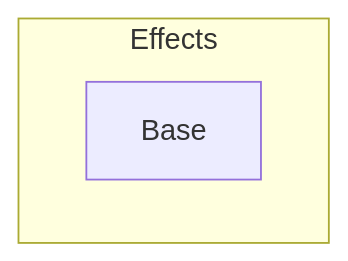
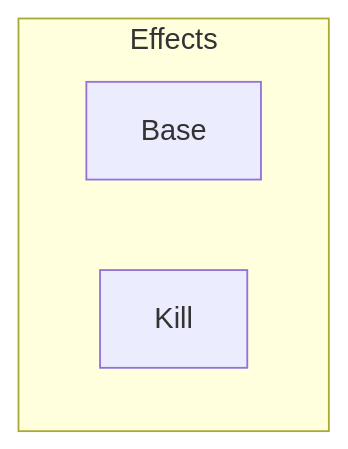
Before and after one commit to TiarkRompf/reachability: the diagram in effects/README.md, drawn with Mermaid. The commit also changed other lines of this file and 79 other files, not shown here.

````diff
--- a/effects/README.md
+++ b/effects/README.md
@@ -9,6 +10,7 @@
 ```mermaid
 graph TD
     subgraph poly[Effects]
       Base
+	  Kill
     end
 ```
````
